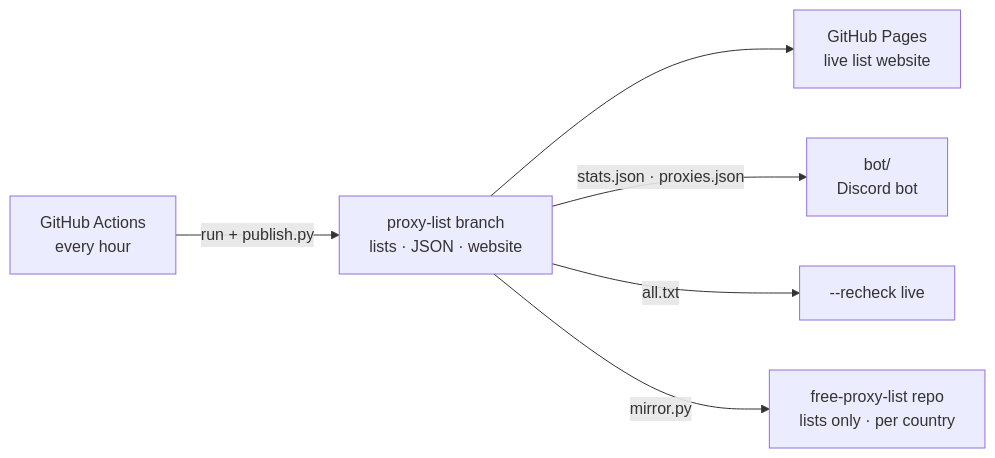
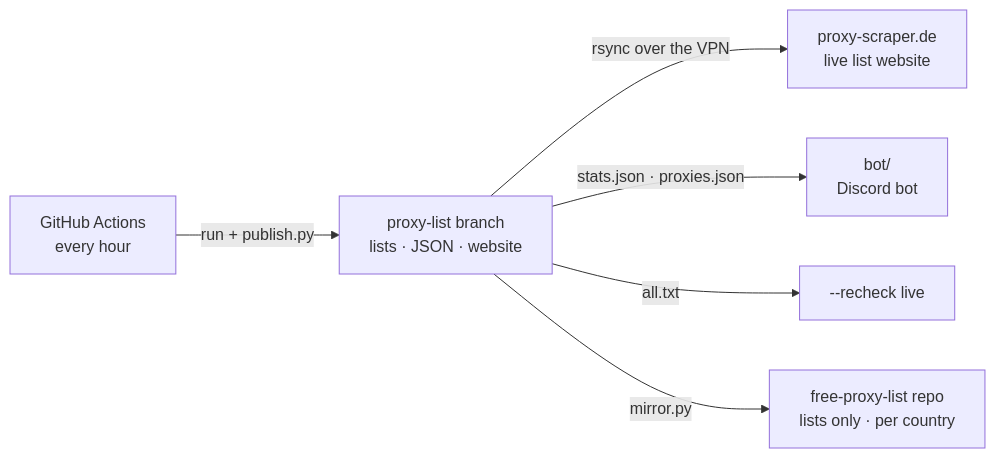
The fourth of 4 diagrams in docs/ARCHITECTURE.md (maximilianfeix/proxy-scraper), drawn with Mermaid before and after one commit. The commit also changed other lines of this file and 20 other files, not shown here.

````diff
--- a/docs/ARCHITECTURE.md
+++ b/docs/ARCHITECTURE.md
@@ -104,8 +104,8 @@
 ```mermaid
 flowchart LR
     GA[GitHub Actions<br/>every hour] -->|run + publish.py| PL[proxy-list branch<br/>lists · JSON · website]
-    PL --> WEB[GitHub Pages<br/>live list website]
+    PL -->|rsync over the VPN| WEB[proxy-scraper.de<br/>live list website]
     PL -->|stats.json · proxies.json| BOT[bot/<br/>Discord bot]
     PL -->|all.txt| RL[--recheck live]
     PL -->|mirror.py| FPL[free-proxy-list repo<br/>lists only · per country]
 ```
````
